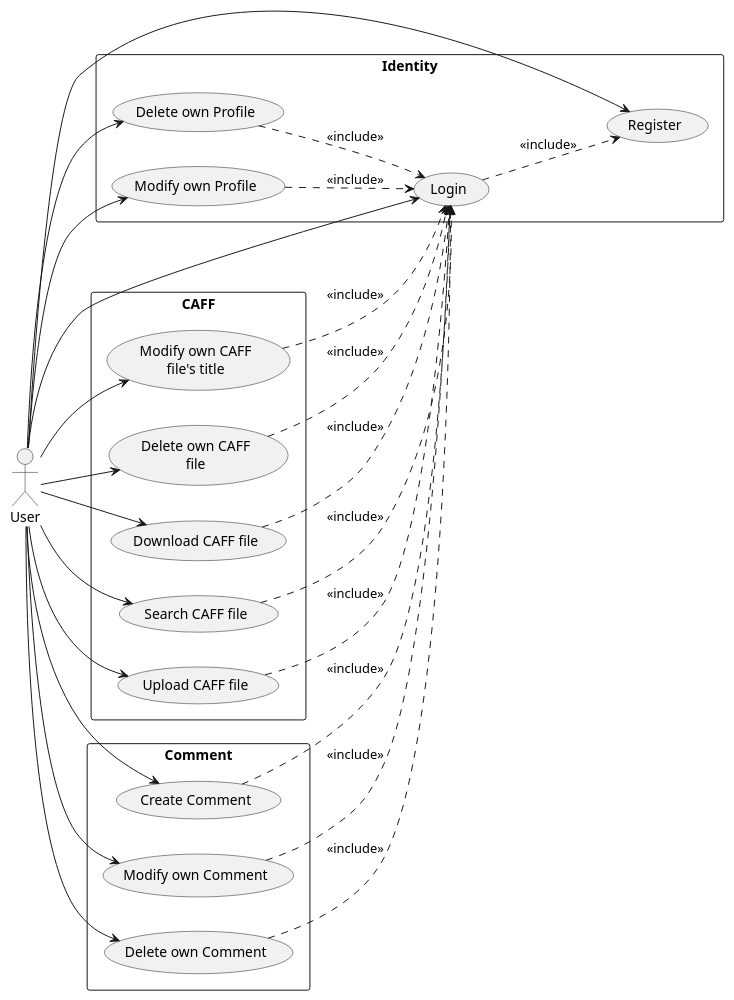
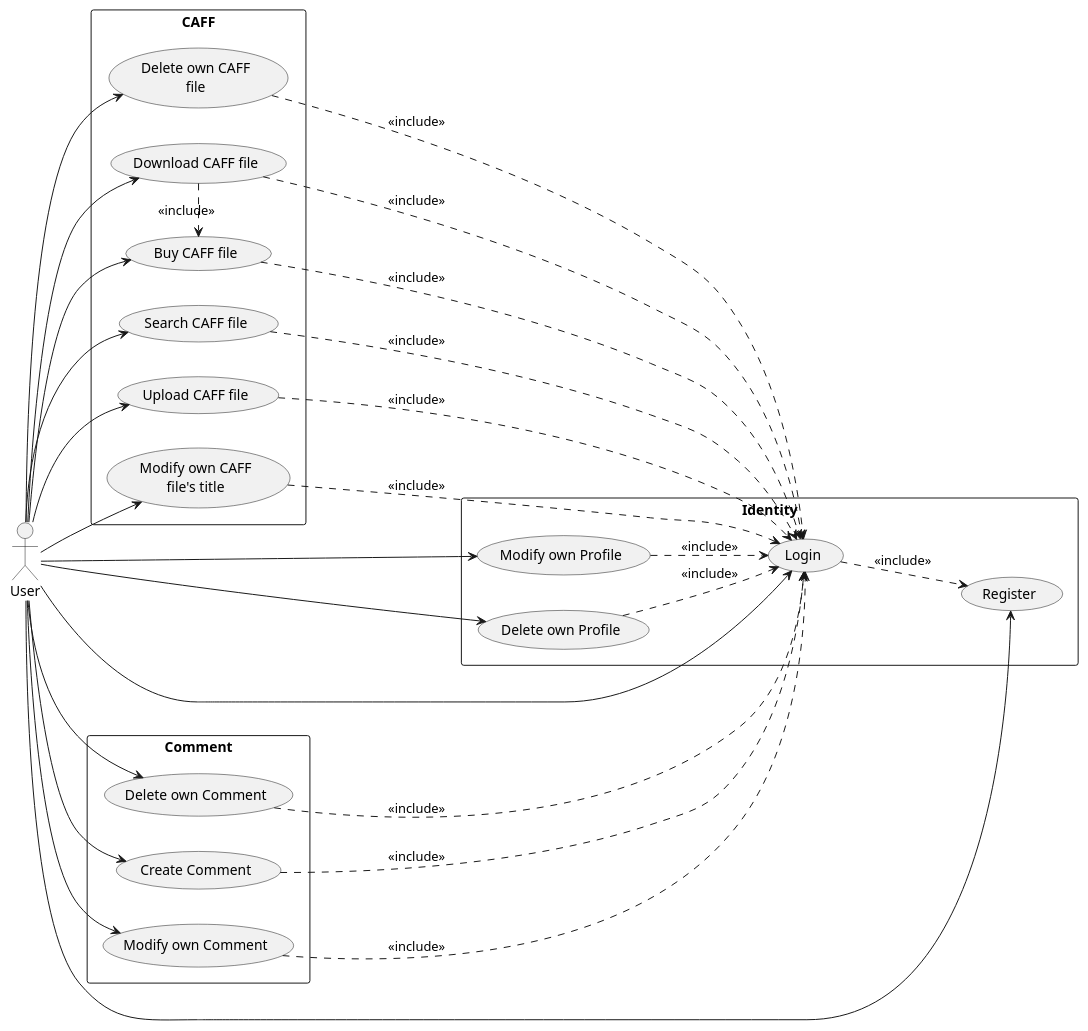
The diagram in uml/usecase_user.puml (DRKV333/WannaCrySys), drawn with PlantUML before and after one commit.

Commit message:
Added buy use case

```diff
--- a/uml/usecase_user.puml
+++ b/uml/usecase_user.puml
@@ -1,49 +1,54 @@
 @startuml usecase_user
 left to right direction
 
 rectangle Identity{
   (Modify own Profile) as ModifyOwnProfile
   (Delete own Profile) as DeleteOwnProfile
   (Login) .down.> (Register) : <<include>>
   (ModifyOwnProfile) .down.> (Login) : <<include>>
   (DeleteOwnProfile) .down.> (Login) : <<include>>
 }
 
 User --> (Login)
 User --> (Register)
 User --> ModifyOwnProfile
 User --> DeleteOwnProfile
 
 rectangle CAFF {
+  (Buy CAFF file) as BuyCAFF
   (Download CAFF file) as DownloadCAFF
   (Search CAFF file) as SearchCAFF
   (Upload CAFF file) as UploadCAFF
   (Modify own CAFF\nfile's title) as ModifyOwnCAFF
   (Delete own CAFF\nfile) as DeleteOwnCAFF
-  DownloadCAFF ..> (Login) : <<include>>
-  SearchCAFF ..> (Login) : <<include>>
-  UploadCAFF ..> (Login) : <<include>>
-  ModifyOwnCAFF ..> (Login) : <<include>>
-  DeleteOwnCAFF ..> (Login) : <<include>>
+  BuyCAFF ....> (Login) : <<include>>
+  DownloadCAFF ....> (Login) : <<include>>
+  SearchCAFF ....> (Login) : <<include>>
+  UploadCAFF ....> (Login) : <<include>>
+  ModifyOwnCAFF ....> (Login) : <<include>>
+  DeleteOwnCAFF ....> (Login) : <<include>>
+
+  DownloadCAFF .> BuyCAFF : <<include>>
 }
 
+User --> BuyCAFF
 User --> DownloadCAFF
 User --> SearchCAFF
 User --> UploadCAFF
 User --> ModifyOwnCAFF
 User --> DeleteOwnCAFF
 
 rectangle Comment {
   (Create Comment) as CreateComment
   (Modify own Comment) as ModifyOwnComment
   (Delete own Comment) as DeleteOwnComment
   CreateComment ..> (Login) : <<include>>
   ModifyOwnComment ..> (Login) : <<include>>
   DeleteOwnComment ..> (Login) : <<include>>
 }
 
 User -down-> CreateComment
 User -down-> ModifyOwnComment
 User -down-> DeleteOwnComment
 
 @enduml
```
